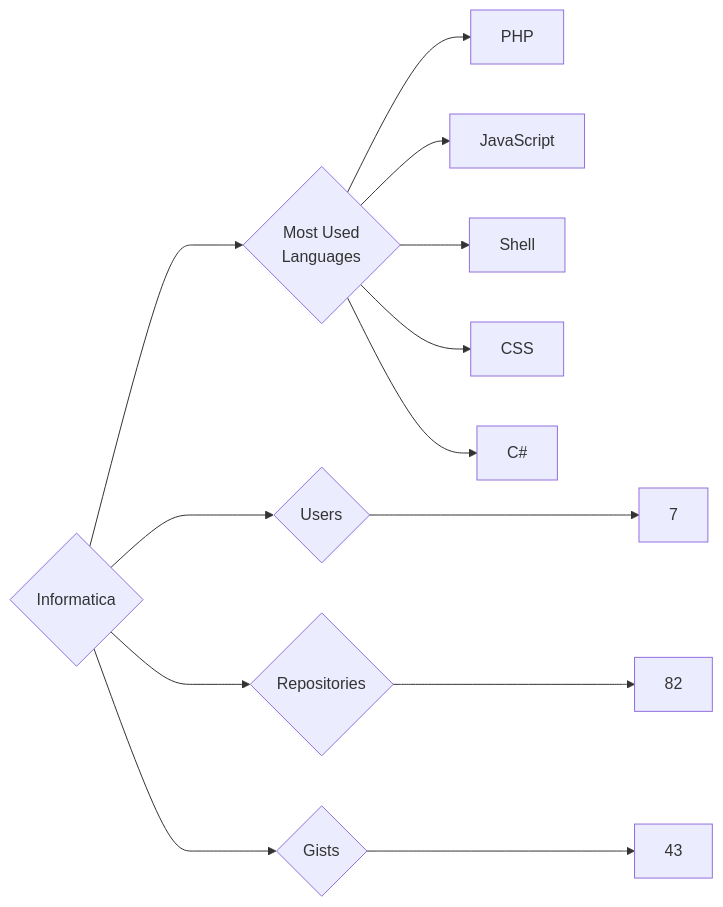
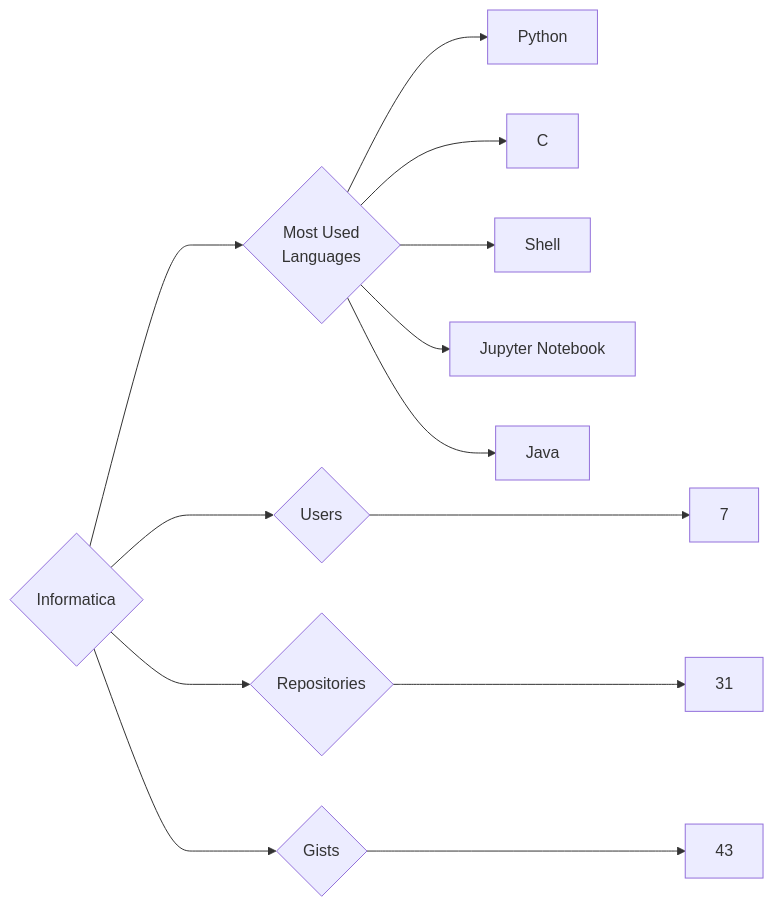
Before and after one commit to trickest/insiders: the diagram in targets/Informatica/README.md, drawn with Mermaid. The commit also changed 880 other files, not shown here.

````diff
--- a/targets/Informatica/README.md
+++ b/targets/Informatica/README.md
@@ -3,13 +3,13 @@
 ```mermaid
 graph LR
 COMPANY_NAME{Informatica}
 COMPANY_NAME ---> U{Users} ---> UN[7]
-COMPANY_NAME ---> R{Repositories} ---> RN[82]
+COMPANY_NAME ---> R{Repositories} ---> RN[31]
 COMPANY_NAME ---> G{Gists} ---> GN[43]
 COMPANY_NAME ---> ML{Most Used<br>Languages}
-ML --> PHP[PHP]
-ML --> JavaScript[JavaScript]
+ML --> Python[Python]
+ML --> C[C]
 ML --> Shell[Shell]
-ML --> CSS[CSS]
-ML --> C#[C#]
+ML --> Jupyter_Notebook[Jupyter Notebook]
+ML --> Java[Java]
 ```
````
